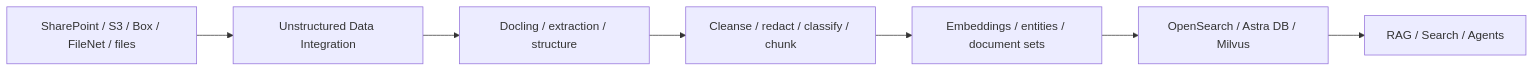
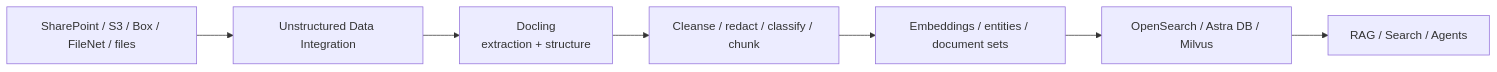
The diagram in docs-src/data-core/pipelines/udi/index.md (ibm-self-serve-assets/building-blocks2.0), drawn with Mermaid before and after one commit. The commit also changed other lines of this file and 14 other files, not shown here.

````diff
--- a/docs-src/data-core/pipelines/udi/index.md
+++ b/docs-src/data-core/pipelines/udi/index.md
@@ -31,9 +54,9 @@
 ```mermaid
 flowchart LR
-    S[SharePoint / S3 / Box / FileNet / files] --> U[Unstructured Data Integration]
-    U --> D[Docling / extraction / structure]
-    D --> P[Cleanse / redact / classify / chunk]
-    P --> E[Embeddings / entities / document sets]
-    E --> V[OpenSearch / Astra DB / Milvus]
-    V --> R[RAG / Search / Agents]
+    S["SharePoint / S3 / Box / FileNet / files"] --> U["Unstructured Data Integration"]
+    U --> D["Docling<br/>extraction + structure"]
+    D --> P["Cleanse / redact / classify / chunk"]
+    P --> E["Embeddings / entities / document sets"]
+    E --> V["OpenSearch / Astra DB / Milvus"]
+    V --> R["RAG / Search / Agents"]
 ```
````
